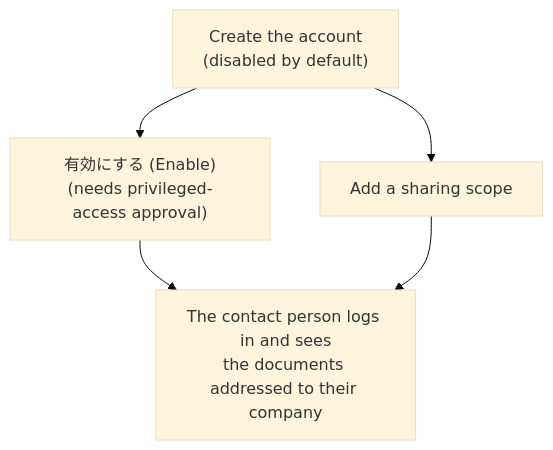
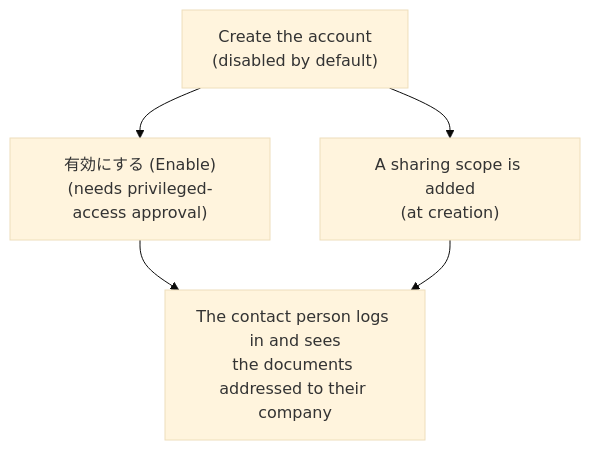
The diagram in coolify/apps/nextjs-web/content/manual/operations/system/portal/user.en.md (Kuisin/ckk-tool-v3), drawn with Mermaid (base theme) before and after one commit. The commit also changed other lines of this file and 89 other files, not shown here.

````diff
--- a/coolify/apps/nextjs-web/content/manual/operations/system/portal/user.en.md
+++ b/coolify/apps/nextjs-web/content/manual/operations/system/portal/user.en.md
@@ -36,7 +52,7 @@
 ```mermaid
 flowchart TD
   c["Create the account<br/>(disabled by default)"] --> a["有効にする (Enable)<br/>(needs privileged-access approval)"]
-  c --> s["Add a sharing scope"]
+  c --> s["A sharing scope is added<br/>(at creation)"]
   a --> v["The contact person logs in and sees<br/>the documents addressed to their company"]
   s --> v
 ```
````
